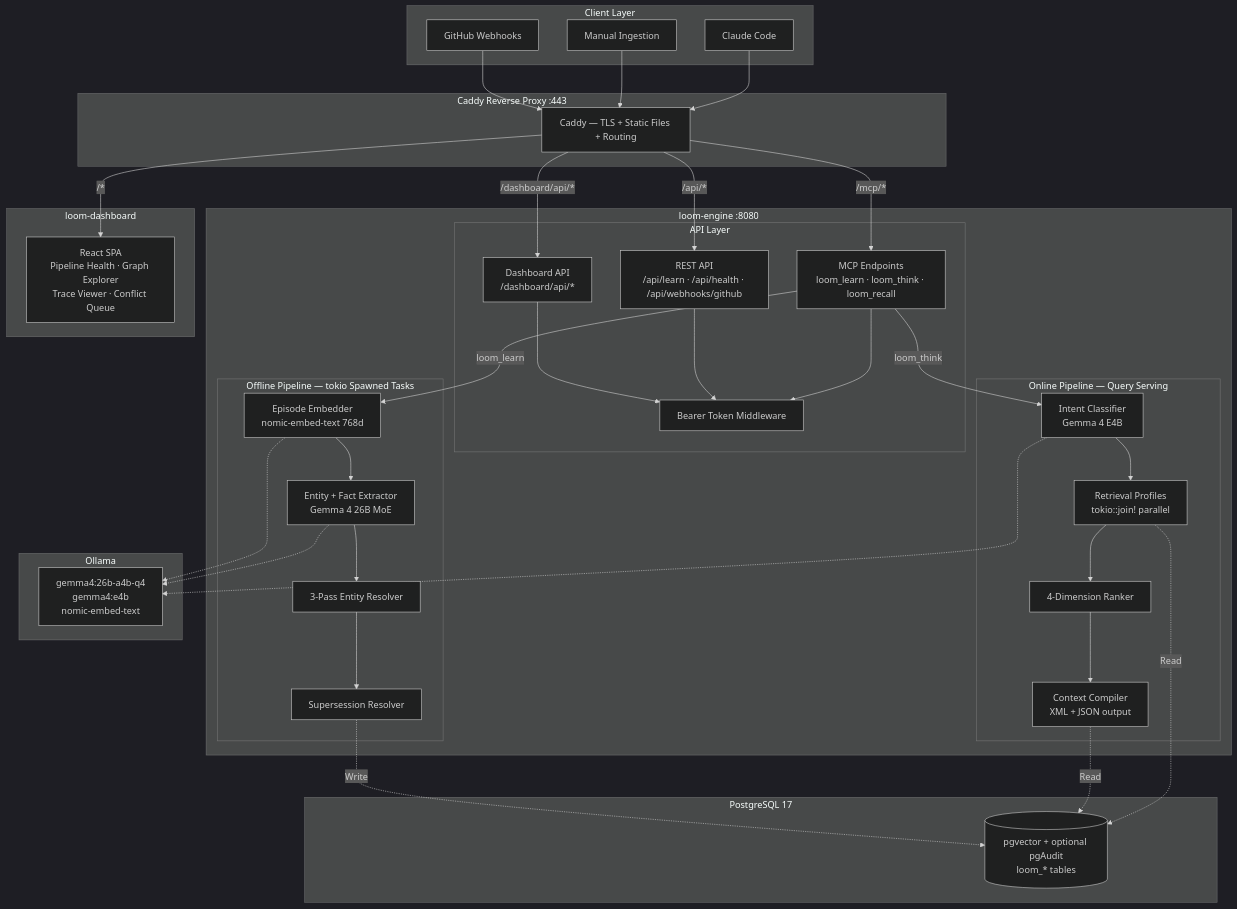
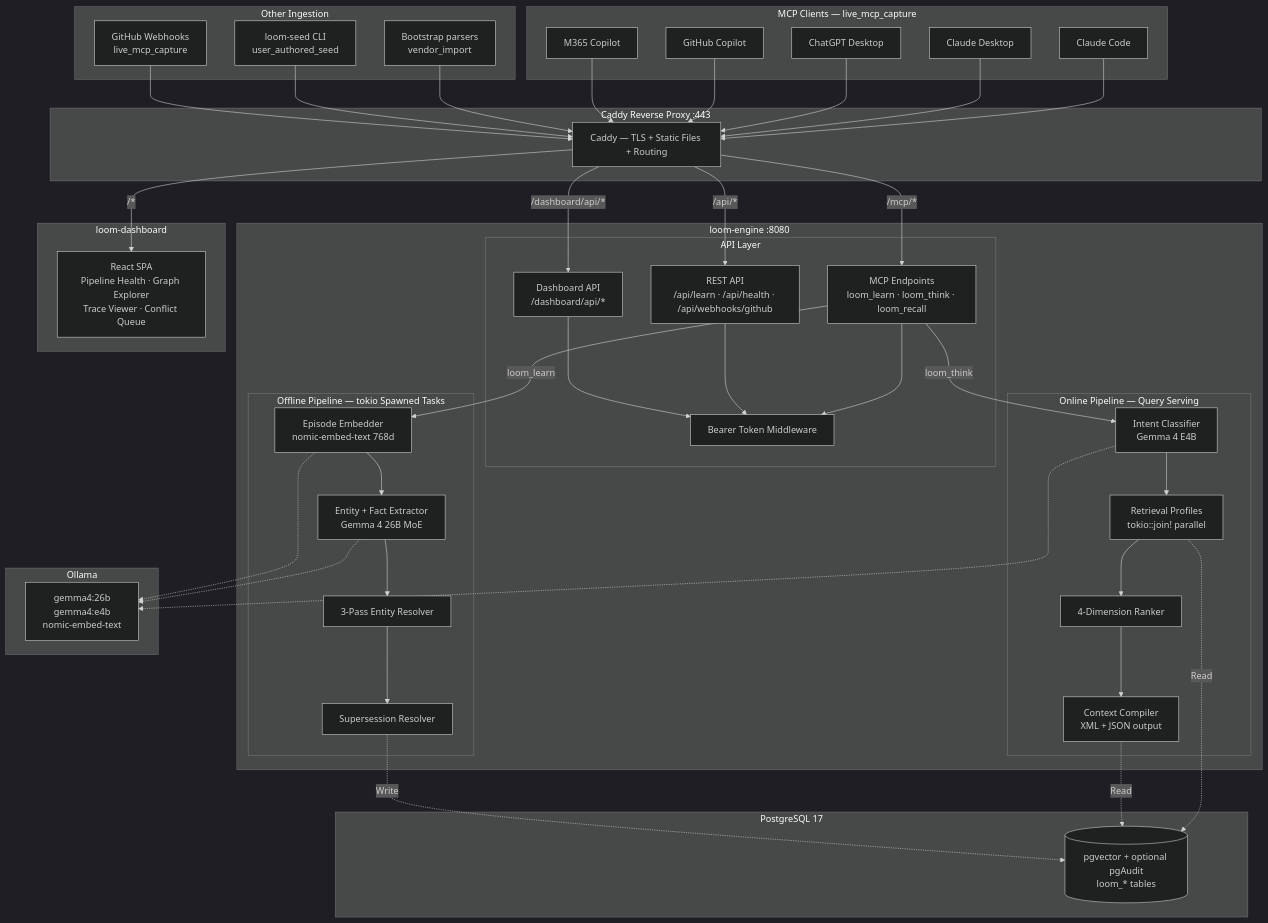
Before and after one commit to technicalanxiety/project-loom: the diagram in README.md, drawn with Mermaid (dark theme). The commit also changed other lines of this file and 37 other files, not shown here.

````diff
--- a/README.md
+++ b/README.md
@@ -46,9 +47,17 @@
 ```mermaid
 graph TB
-    subgraph "Client Layer"
+    subgraph "MCP Clients — live_mcp_capture"
         CC[Claude Code]
-        Manual[Manual Ingestion]
-        GH[GitHub Webhooks]
+        CD[Claude Desktop]
+        CGPT[ChatGPT Desktop]
+        GHC[GitHub Copilot]
+        M365[M365 Copilot]
+    end
+
+    subgraph "Other Ingestion"
+        Boot[Bootstrap parsers<br/>vendor_import]
+        Seed[loom-seed CLI<br/>user_authored_seed]
+        GH[GitHub Webhooks<br/>live_mcp_capture]
     end
 
     subgraph "Caddy Reverse Proxy :443"
@@ -83,7 +92,7 @@
     end
 
     subgraph "Ollama"
-        Models[gemma4:26b-a4b-q4<br/>gemma4:e4b<br/>nomic-embed-text]
+        Models[gemma4:26b<br/>gemma4:e4b<br/>nomic-embed-text]
     end
 
     subgraph "PostgreSQL 17"
@@ -91,7 +100,12 @@
     end
 
     CC --> Caddy
-    Manual --> Caddy
+    CD --> Caddy
+    CGPT --> Caddy
+    GHC --> Caddy
+    M365 --> Caddy
+    Boot --> Caddy
+    Seed --> Caddy
     GH --> Caddy
 
     Caddy -->|/mcp/*| MCP
````
